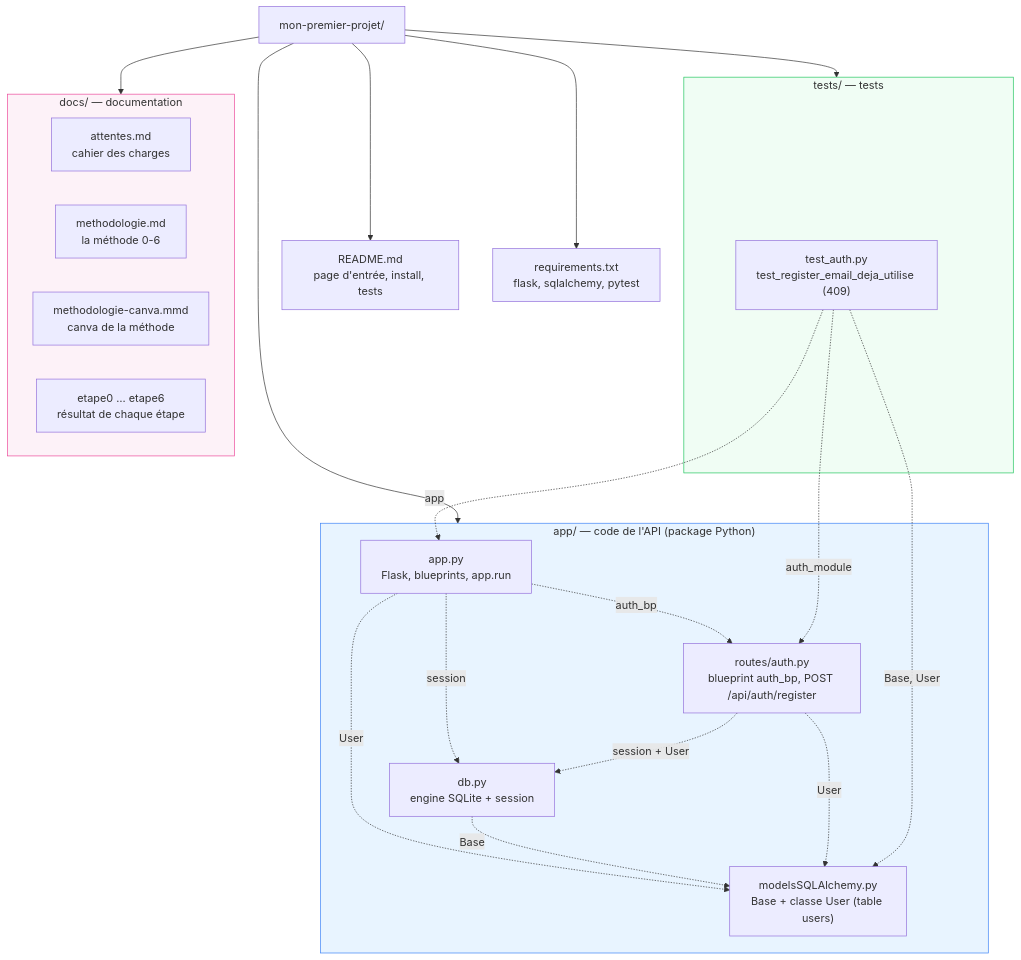
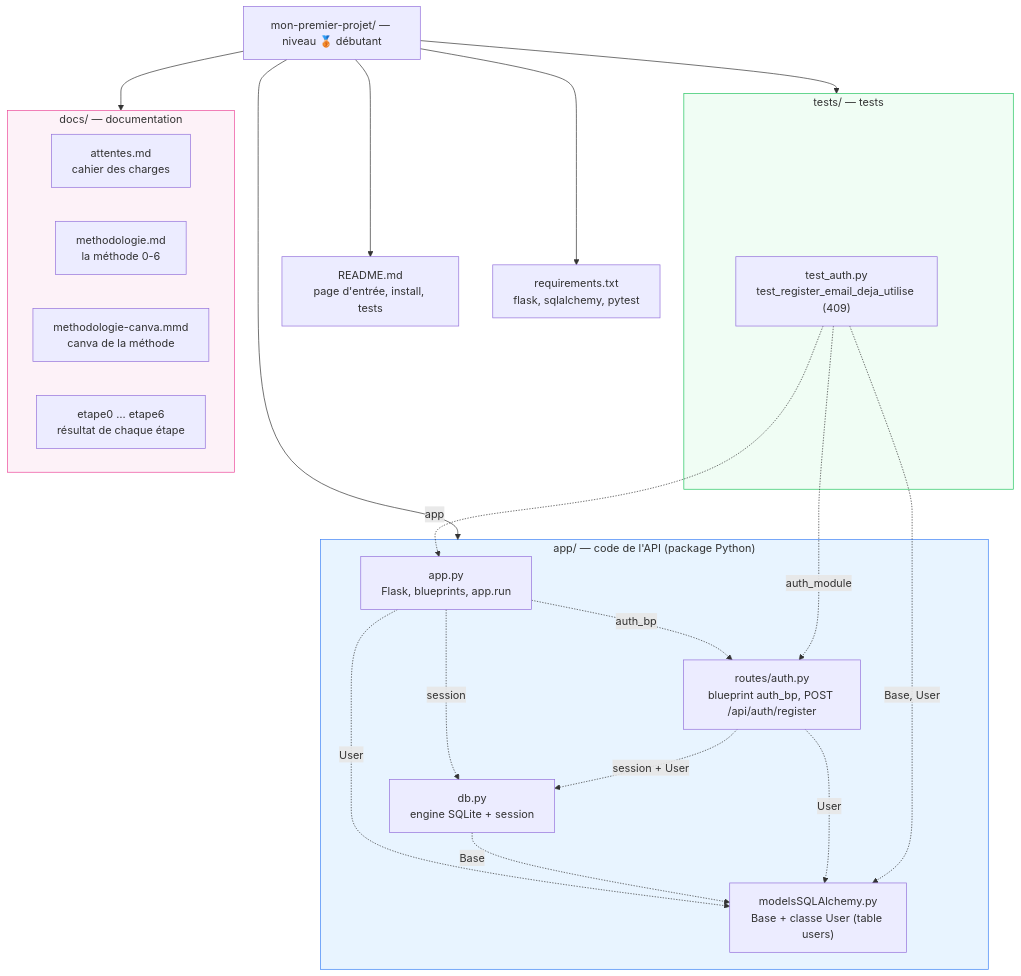
One commit to ericlacombe/mon-premier-projet changed the diagram in docs/canva-structure.mmd. Above: the diagram before and after it, drawn with Mermaid.

Commit message:
docs/canva-structure.mmd : précise que la structure illustrée est le niveau 🥉 débutant

```diff
--- a/docs/canva-structure.mmd
+++ b/docs/canva-structure.mmd
@@ -1,44 +1,44 @@
-%% Canva de la structure de fichiers — mon-premier-projet (DigiMarket)
+%% Canva de la structure de fichiers — mon-premier-projet (DigiMarket) — NIVEAU 🥉 DÉBUTANT
 %% À rendre sur https://mermaid.live  (les flèches pointillées = les imports entre fichiers Python)
 flowchart TB
-    ROOT["mon-premier-projet/"]
+    ROOT["mon-premier-projet/ — niveau 🥉 débutant"]
 
     ROOT --> README["README.md<br/>page d'entrée, install, tests"]
     ROOT --> REQ["requirements.txt<br/>flask, sqlalchemy, pytest"]
 
     subgraph APP["app/ — code de l'API (package Python)"]
         A_APP["app.py<br/>Flask, blueprints, app.run"]
         A_DB["db.py<br/>engine SQLite + session"]
         A_MODELS["modelsSQLAlchemy.py<br/>Base + classe User (table users)"]
         A_ROUTES["routes/auth.py<br/>blueprint auth_bp, POST /api/auth/register"]
     end
 
     subgraph TESTS["tests/ — tests"]
         T_AUTH["test_auth.py<br/>test_register_email_deja_utilise (409)"]
     end
 
     subgraph DOCS["docs/ — documentation"]
         D_ATT["attentes.md<br/>cahier des charges"]
         D_MET["methodologie.md<br/>la méthode 0-6"]
         D_CANVA["methodologie-canva.mmd<br/>canva de la méthode"]
         D_ETAPES["etape0 … etape6<br/>résultat de chaque étape"]
     end
 
     ROOT --> APP
     ROOT --> TESTS
     ROOT --> DOCS
 
     %% imports entre fichiers Python (qui importe qui)
     A_APP -.->|"auth_bp"| A_ROUTES
     A_APP -.->|"session"| A_DB
     A_APP -.->|"User"| A_MODELS
     A_DB -.->|"Base"| A_MODELS
     A_ROUTES -.->|"session + User"| A_DB
     A_ROUTES -.->|"User"| A_MODELS
     T_AUTH -.->|"app"| A_APP
     T_AUTH -.->|"Base, User"| A_MODELS
     T_AUTH -.->|"auth_module"| A_ROUTES
 
     style APP fill:#e8f4ff,stroke:#3b82f6
     style TESTS fill:#f0fdf4,stroke:#22c55e
     style DOCS fill:#fdf2f8,stroke:#ec4899
```
